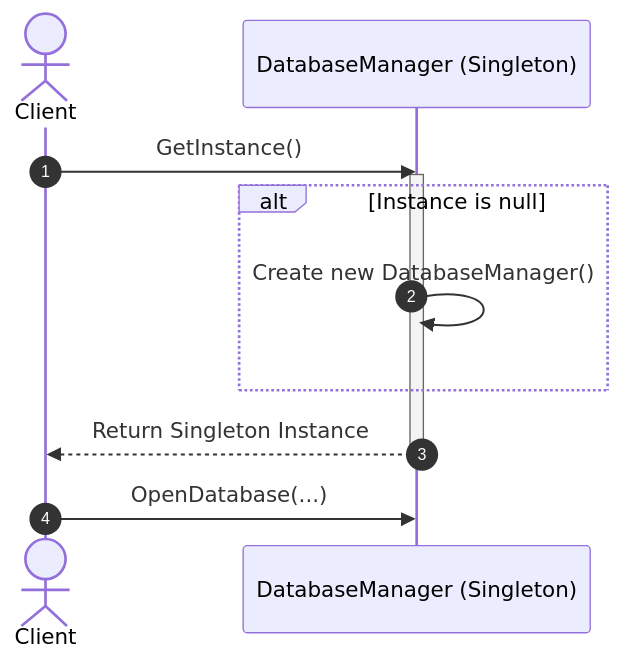
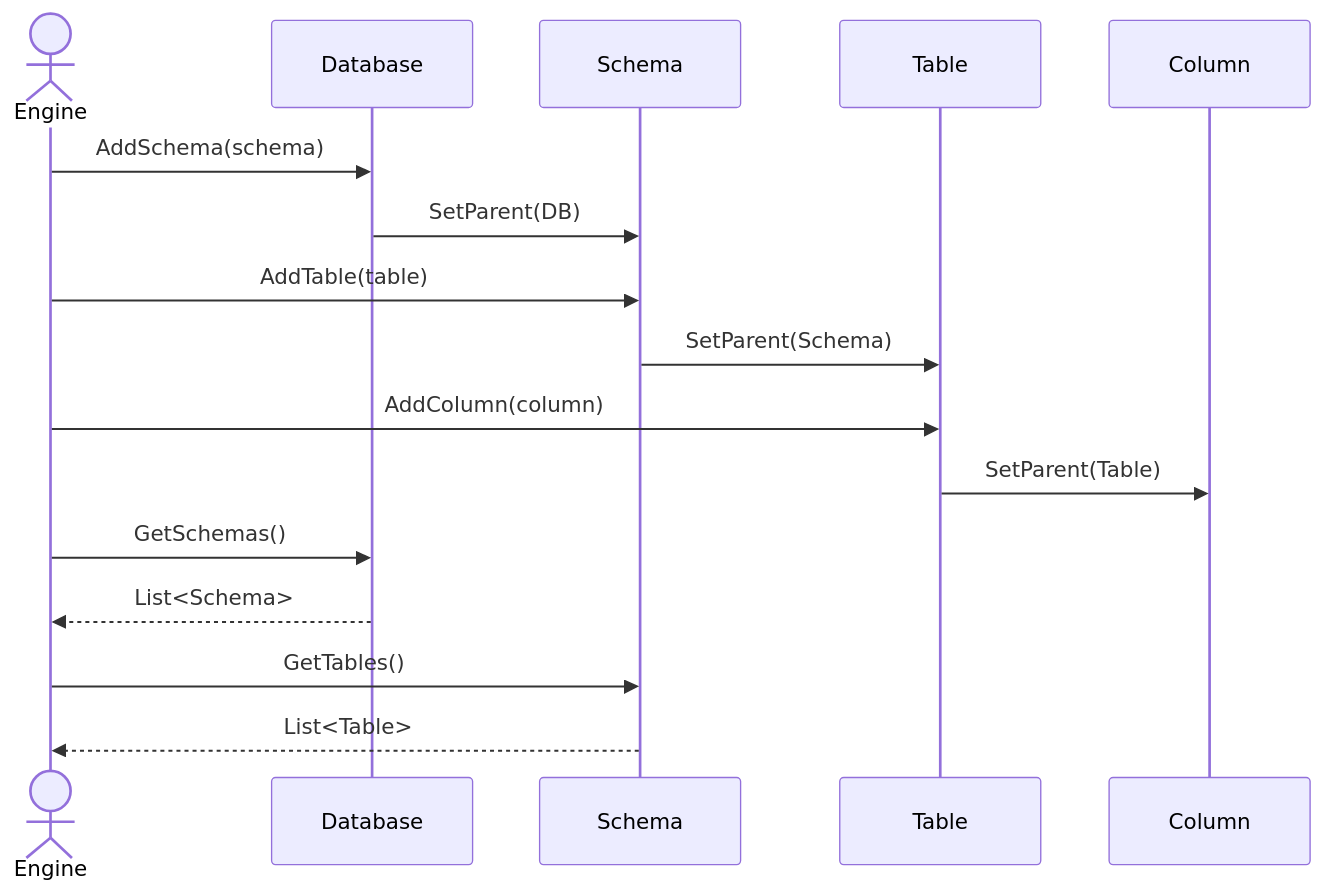
Before and after one commit to Hagiakhanh/bbv-dbms: the third of 14 diagrams in docs/design-patterns/README.md, drawn with Mermaid. The commit also changed other lines of this file and 20 other files, not shown here.

````diff
--- a/docs/design-patterns/README.md
+++ b/docs/design-patterns/README.md
@@ -69,15 +495,23 @@
 ```mermaid
 sequenceDiagram
-    autonumber
-    actor Client
-    participant DB as DatabaseManager (Singleton)
+    actor Engine
+    participant DB as Database
+    participant Schema as Schema
+    participant Table as Table
+    participant Column as Column
+
+    Engine->>DB: AddSchema(schema)
+    DB->>Schema: SetParent(DB)
+
+    Engine->>Schema: AddTable(table)
+    Schema->>Table: SetParent(Schema)
+
+    Engine->>Table: AddColumn(column)
+    Table->>Column: SetParent(Table)
+
+    Engine->>DB: GetSchemas()
+    DB-->>Engine: List<Schema>
     
-    Client->>DB: GetInstance()
-    activate DB
-    alt Instance is null
-        DB->>DB: Create new DatabaseManager()
-    end
-    DB-->>Client: Return Singleton Instance
-    deactivate DB
-    Client->>DB: OpenDatabase(...)
+    Engine->>Schema: GetTables()
+    Schema-->>Engine: List<Table>
 ```
````
